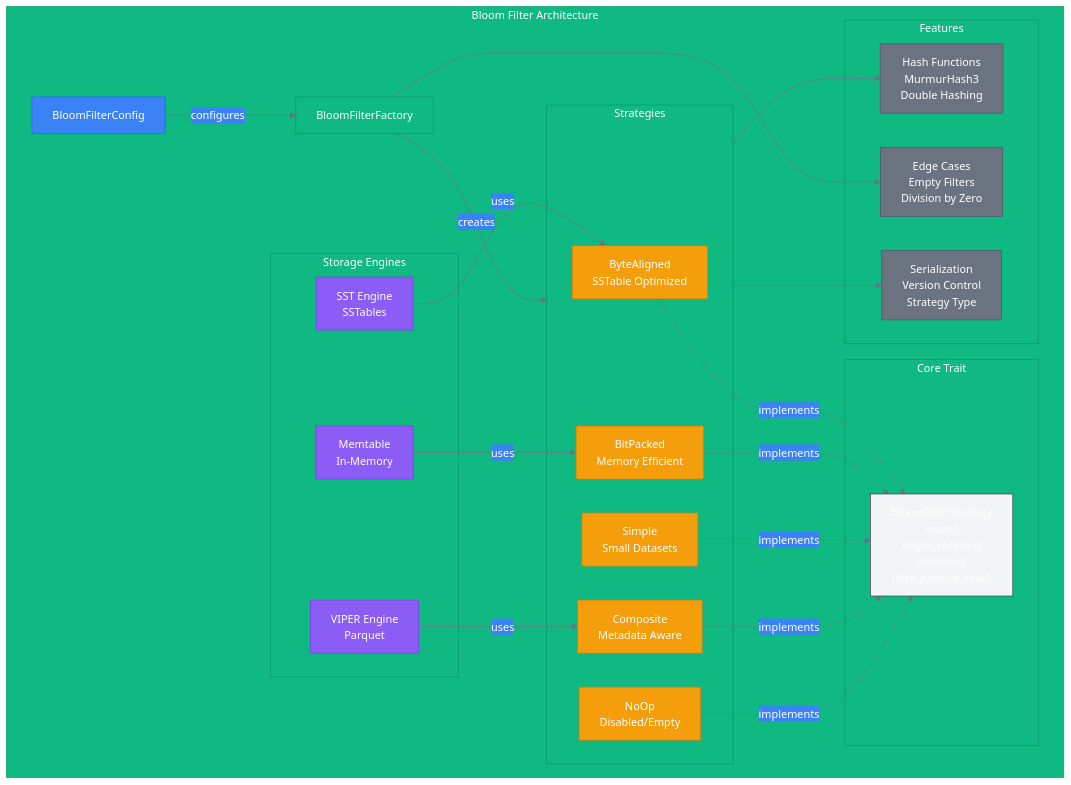
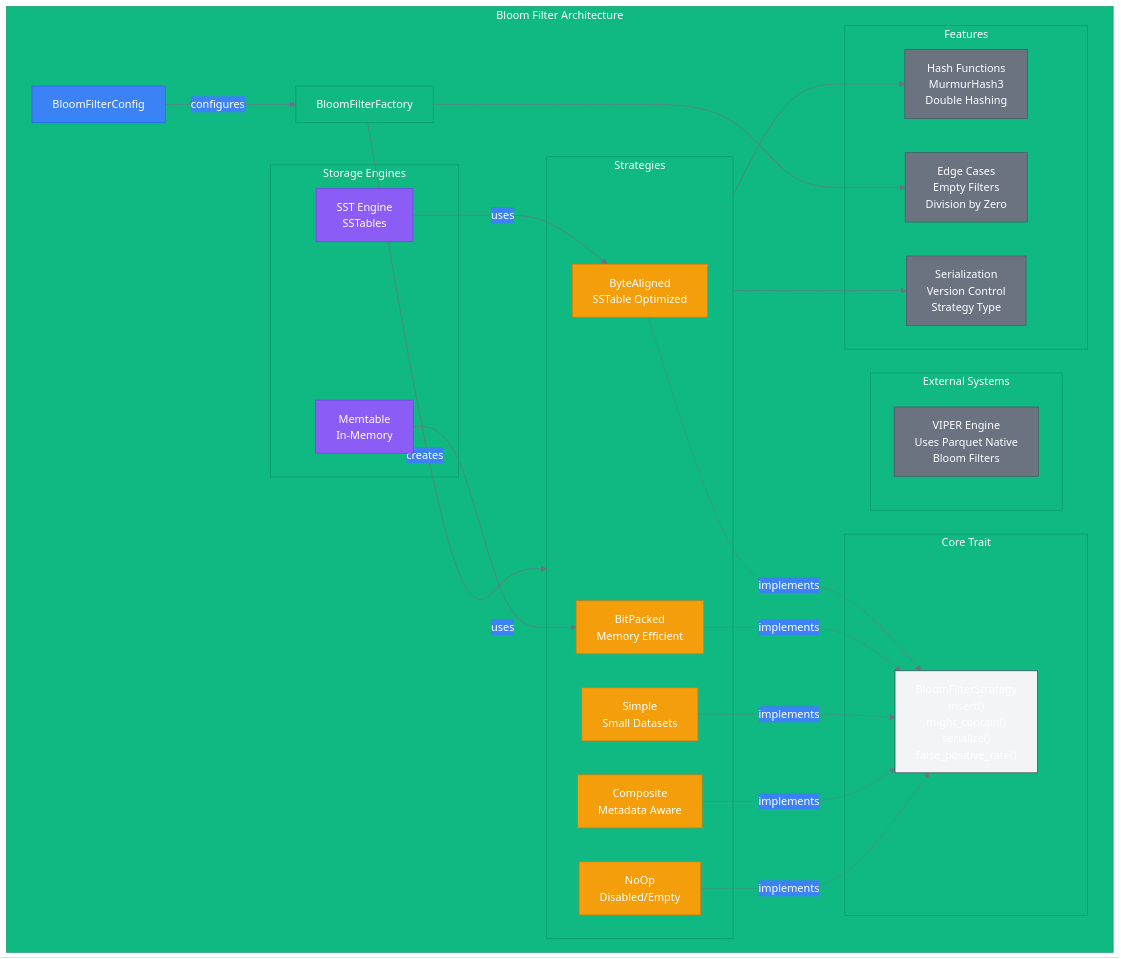
One commit to vjsingh1984/proximaDB changed the diagram in docs/diagrams/bloom-filter-architecture.mmd. Above: the diagram before and after it, drawn with Mermaid. The commit also changed 15 other files, not shown here.

```diff
--- a/docs/diagrams/bloom-filter-architecture.mmd
+++ b/docs/diagrams/bloom-filter-architecture.mmd
@@ -1,61 +1,64 @@
 %%{init: {'theme':'base', 'themeVariables': { 'primaryColor':'#1f2937', 'primaryTextColor':'#fff', 'primaryBorderColor':'#374151', 'lineColor':'#6b7280', 'secondaryColor':'#3b82f6', 'tertiaryColor':'#10b981', 'tertiaryTextColor':'#fff', 'tertiaryBorderColor':'#059669', 'background':'#ffffff', 'mainBkg':'#f3f4f6', 'secondBkg':'#e5e7eb', 'tertiaryBkg':'#d1d5db'}}}%%
 
 graph TB
     subgraph "Bloom Filter Architecture"
         Config[BloomFilterConfig]
         Factory[BloomFilterFactory]
         
         Config -->|configures| Factory
         
         Factory -->|creates| Strategies
         
         subgraph "Strategies"
             ByteAligned["ByteAligned<br/>SSTable Optimized"]
             BitPacked["BitPacked<br/>Memory Efficient"]
             Simple["Simple<br/>Small Datasets"]
             Composite["Composite<br/>Metadata Aware"]
             NoOp["NoOp<br/>Disabled/Empty"]
         end
         
         subgraph "Core Trait"
             Trait["BloomFilterStrategy<br/>insert()<br/>might_contain()<br/>serialize()<br/>false_positive_rate()"]
         end
         
         ByteAligned -.->|implements| Trait
         BitPacked -.->|implements| Trait
         Simple -.->|implements| Trait
         Composite -.->|implements| Trait
         NoOp -.->|implements| Trait
         
         subgraph "Storage Engines"
             SST["SST Engine<br/>SSTables"]
-            VIPER["VIPER Engine<br/>Parquet"]
             Memtable["Memtable<br/>In-Memory"]
         end
         
+        subgraph "External Systems"
+            VIPER["VIPER Engine<br/>Uses Parquet Native<br/>Bloom Filters"]
+        end
+        
         SST -->|uses| ByteAligned
-        VIPER -->|uses| Composite
         Memtable -->|uses| BitPacked
         
         subgraph "Features"
             Hash["Hash Functions<br/>MurmurHash3<br/>Double Hashing"]
             Serial["Serialization<br/>Version Control<br/>Strategy Type"]
             Edge["Edge Cases<br/>Empty Filters<br/>Division by Zero"]
         end
         
         Strategies --> Hash
         Strategies --> Serial
         Factory --> Edge
     end
     
     classDef configClass fill:#3b82f6,stroke:#2563eb,color:#fff
     classDef factoryClass fill:#10b981,stroke:#059669,color:#fff
     classDef strategyClass fill:#f59e0b,stroke:#d97706,color:#fff
     classDef engineClass fill:#8b5cf6,stroke:#7c3aed,color:#fff
     classDef featureClass fill:#6b7280,stroke:#4b5563,color:#fff
     
     class Config configClass
     class Factory factoryClass
     class ByteAligned,BitPacked,Simple,Composite,NoOp strategyClass
-    class SST,VIPER,Memtable engineClass
+    class SST,Memtable engineClass
+    class VIPER featureClass
     class Hash,Serial,Edge featureClass
```
